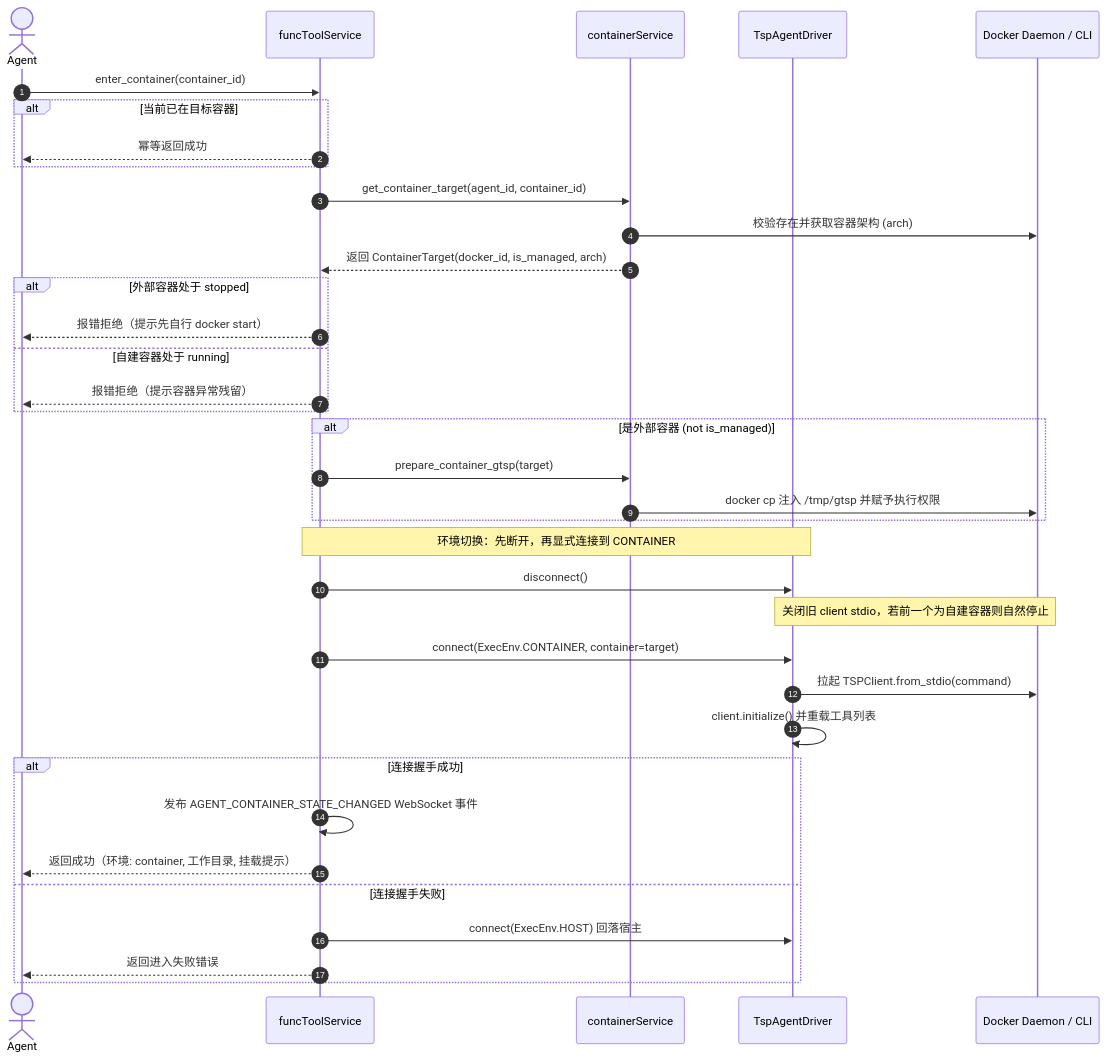
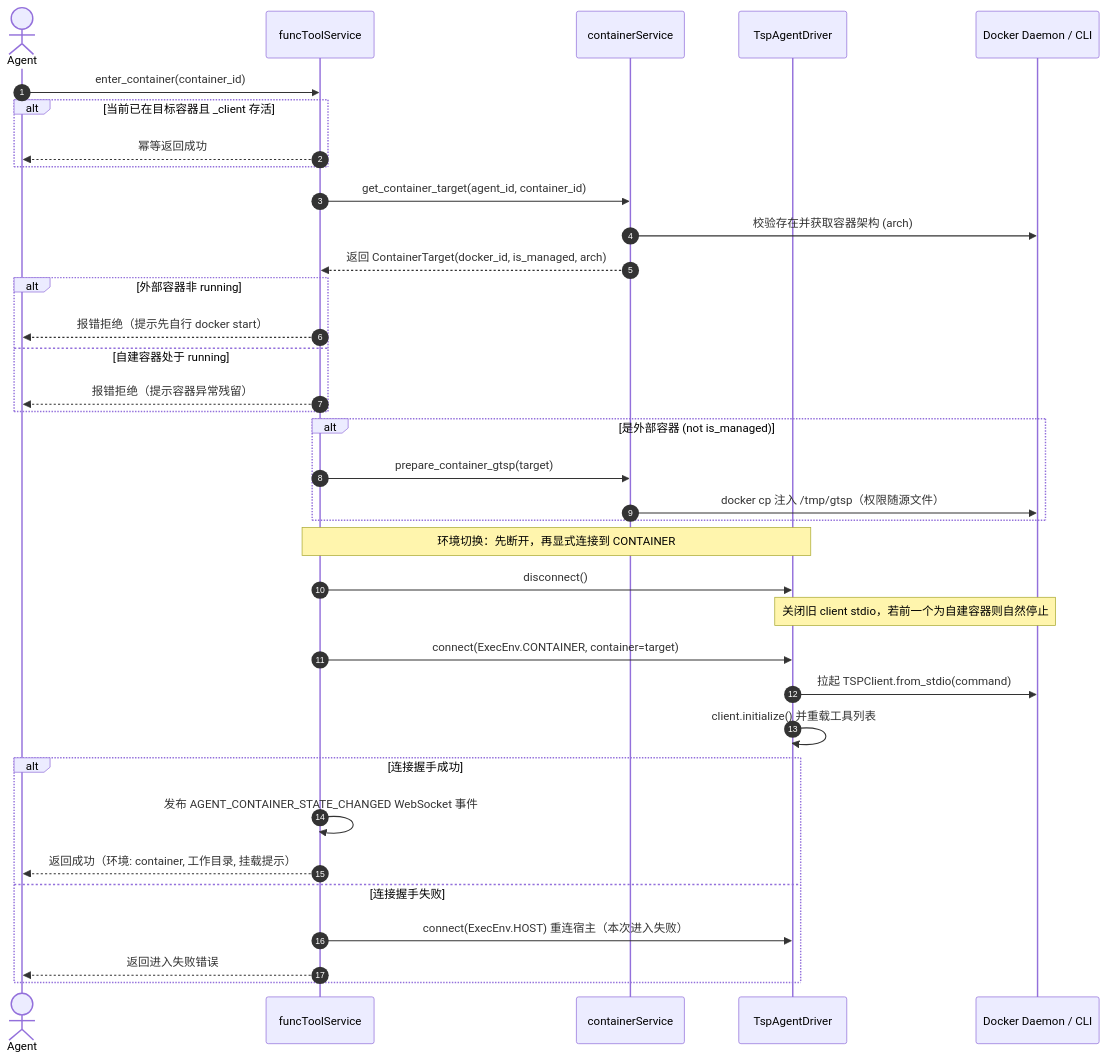
The diagram in docs/design/2026-10-31-docker-agent-sandbox/step2_technical.md (alexazhou/TogoSpace), drawn with Mermaid before and after one commit. The commit also changed other lines of this file and 1 other file, not shown here.

````diff
--- a/docs/design/2026-10-31-docker-agent-sandbox/step2_technical.md
+++ b/docs/design/2026-10-31-docker-agent-sandbox/step2_technical.md
@@ -222,43 +252,43 @@
 ```mermaid
 sequenceDiagram
     autonumber
     actor Agent
     participant Tool as funcToolService
     participant CS as containerService
     participant Driver as TspAgentDriver
     participant Docker as Docker Daemon / CLI
 
     Agent->>Tool: enter_container(container_id)
-    alt 当前已在目标容器
+    alt 当前已在目标容器且 _client 存活
         Tool-->>Agent: 幂等返回成功
     end
     Tool->>CS: get_container_target(agent_id, container_id)
     CS->>Docker: 校验存在并获取容器架构 (arch)
     CS-->>Tool: 返回 ContainerTarget(docker_id, is_managed, arch)
     
-    alt 外部容器处于 stopped
+    alt 外部容器非 running
         Tool-->>Agent: 报错拒绝（提示先自行 docker start）
     else 自建容器处于 running
         Tool-->>Agent: 报错拒绝（提示容器异常残留）
     end
 
     alt 是外部容器 (not is_managed)
         Tool->>CS: prepare_container_gtsp(target)
-        CS->>Docker: docker cp 注入 /tmp/gtsp 并赋予执行权限
+        CS->>Docker: docker cp 注入 /tmp/gtsp（权限随源文件）
     end
 
     Note over Tool,Driver: 环境切换：先断开，再显式连接到 CONTAINER
     Tool->>Driver: disconnect()
     Note over Driver,Docker: 关闭旧 client stdio，若前一个为自建容器则自然停止
     Tool->>Driver: connect(ExecEnv.CONTAINER, container=target)
     Driver->>Docker: 拉起 TSPClient.from_stdio(command)
     Driver->>Driver: client.initialize() 并重载工具列表
     
     alt 连接握手成功
         Tool->>Tool: 发布 AGENT_CONTAINER_STATE_CHANGED WebSocket 事件
         Tool-->>Agent: 返回成功（环境: container, 工作目录, 挂载提示）
     else 连接握手失败
-        Tool->>Driver: connect(ExecEnv.HOST) 回落宿主
+        Tool->>Driver: connect(ExecEnv.HOST) 重连宿主（本次进入失败）
         Tool-->>Agent: 返回进入失败错误
     end
 ```
````
